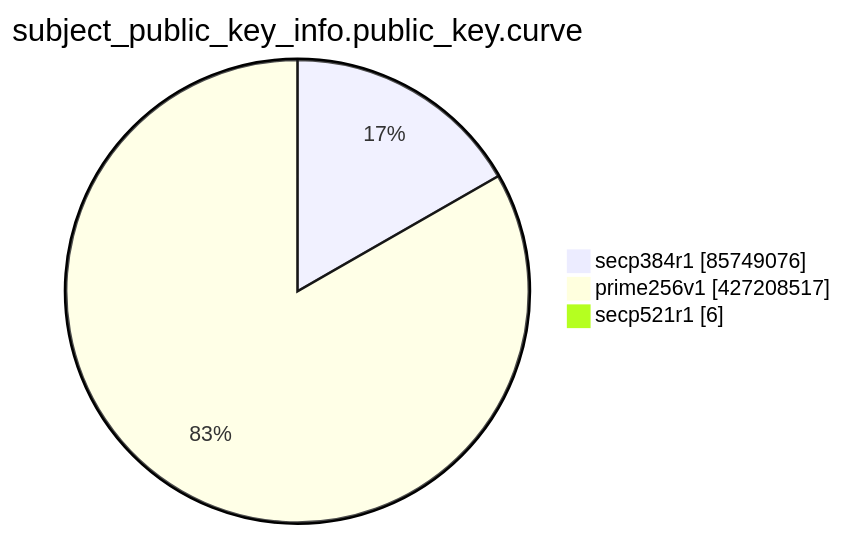
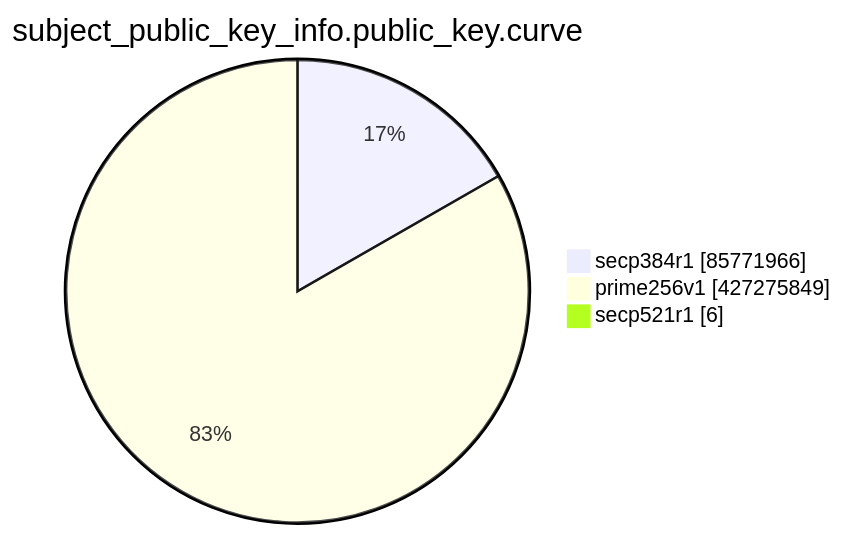
Before and after one commit to christiankrug/ctmonitor_visualization: the eighth of 15 diagrams in TOTAL/README.md, drawn with Mermaid. The commit also changed other lines of this file, not shown here.

````diff
--- a/TOTAL/README.md
+++ b/TOTAL/README.md
@@ -3100,7 +3100,7 @@
 ```mermaid
 pie showData
 title subject_public_key_info.public_key.curve
-"secp384r1" :85749076
-"prime256v1" :427208517
+"secp384r1" :85771966
+"prime256v1" :427275849
 "secp521r1" :6
 ```
````
